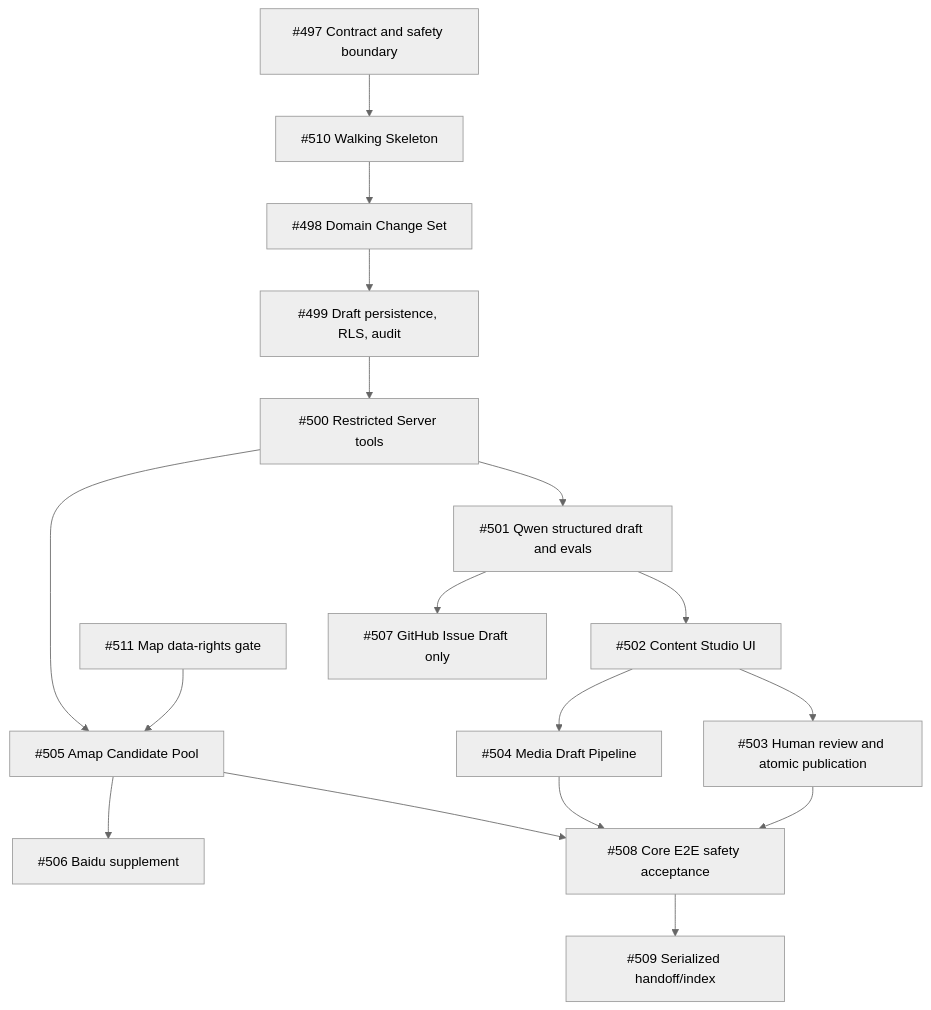
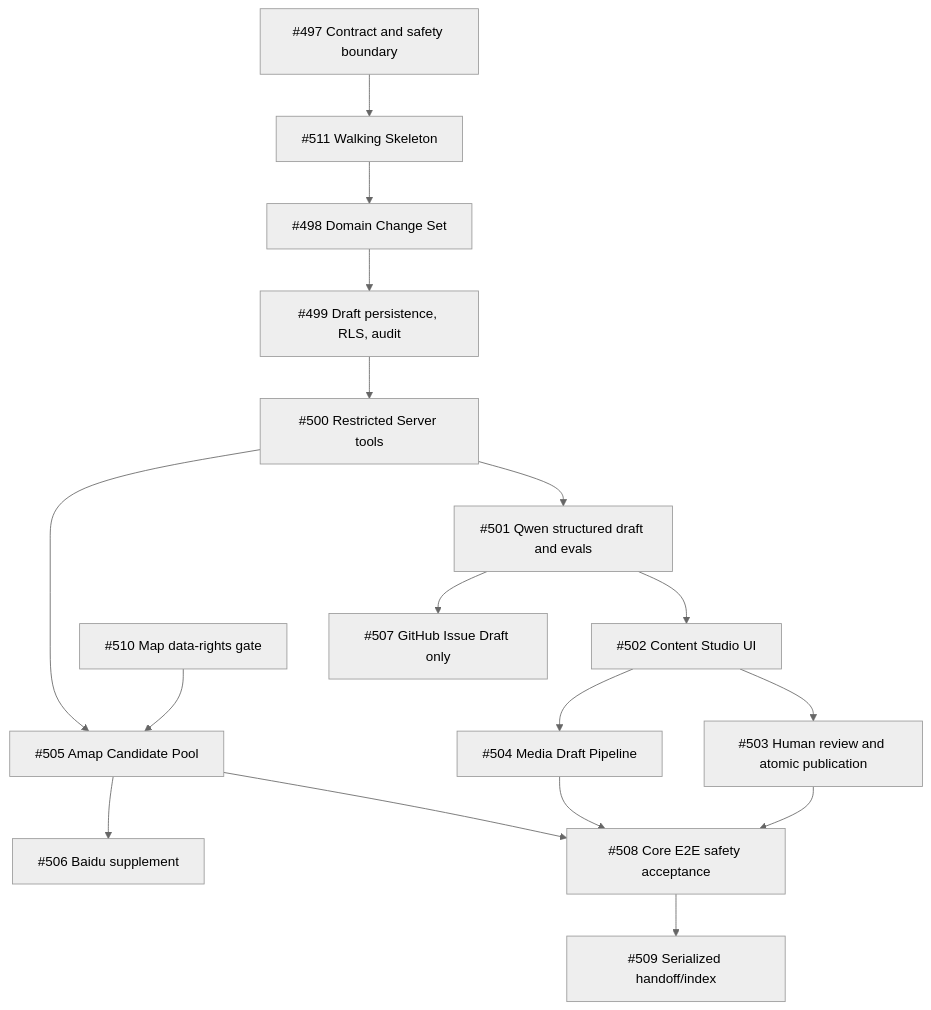
The diagram in docs/architecture/content-ai-dependency-map.md (JTCAO515/VP-Final), drawn with Mermaid (neutral theme) before and after one commit. The commit also changed other lines of this file and 19 other files, not shown here.

First line of the commit message:
feat(content-ai): add walking skeleton publication slice (#513)

````diff
--- a/docs/architecture/content-ai-dependency-map.md
+++ b/docs/architecture/content-ai-dependency-map.md
@@ -39,19 +39,19 @@
 ```mermaid
 flowchart TD
-  A["#497 Contract and safety boundary"] --> B["#510 Walking Skeleton"]
+  A["#497 Contract and safety boundary"] --> B["#511 Walking Skeleton"]
   B --> C["#498 Domain Change Set"]
   C --> D["#499 Draft persistence, RLS, audit"]
   D --> E["#500 Restricted Server tools"]
   E --> F["#501 Qwen structured draft and evals"]
   F --> G["#502 Content Studio UI"]
   G --> H["#503 Human review and atomic publication"]
   G --> I["#504 Media Draft Pipeline"]
-  J["#511 Map data-rights gate"] --> K["#505 Amap Candidate Pool"]
+  J["#510 Map data-rights gate"] --> K["#505 Amap Candidate Pool"]
   E --> K
   K --> L["#506 Baidu supplement"]
   F --> M["#507 GitHub Issue Draft only"]
   H --> N["#508 Core E2E safety acceptance"]
   I --> N
   K --> N
   N --> O["#509 Serialized handoff/index"]
 ```
````
